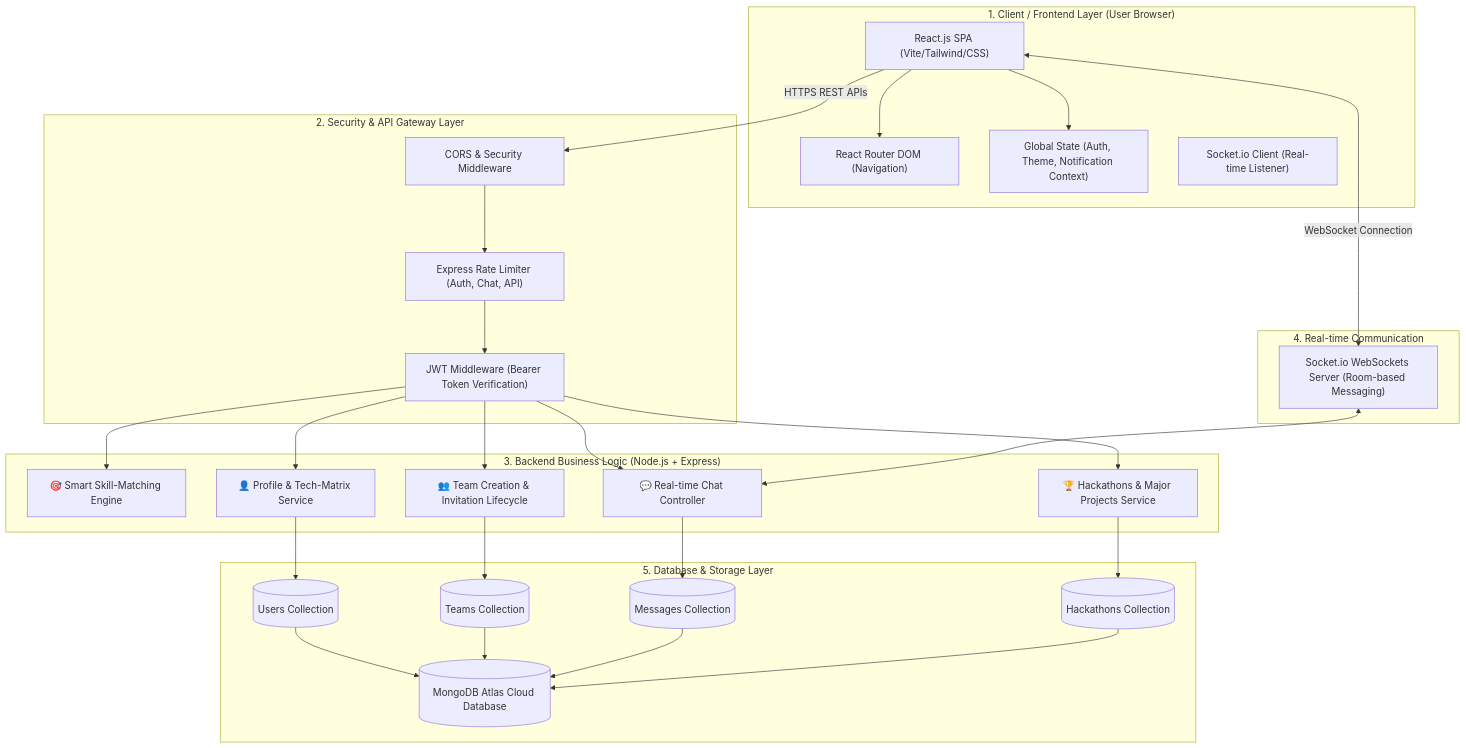
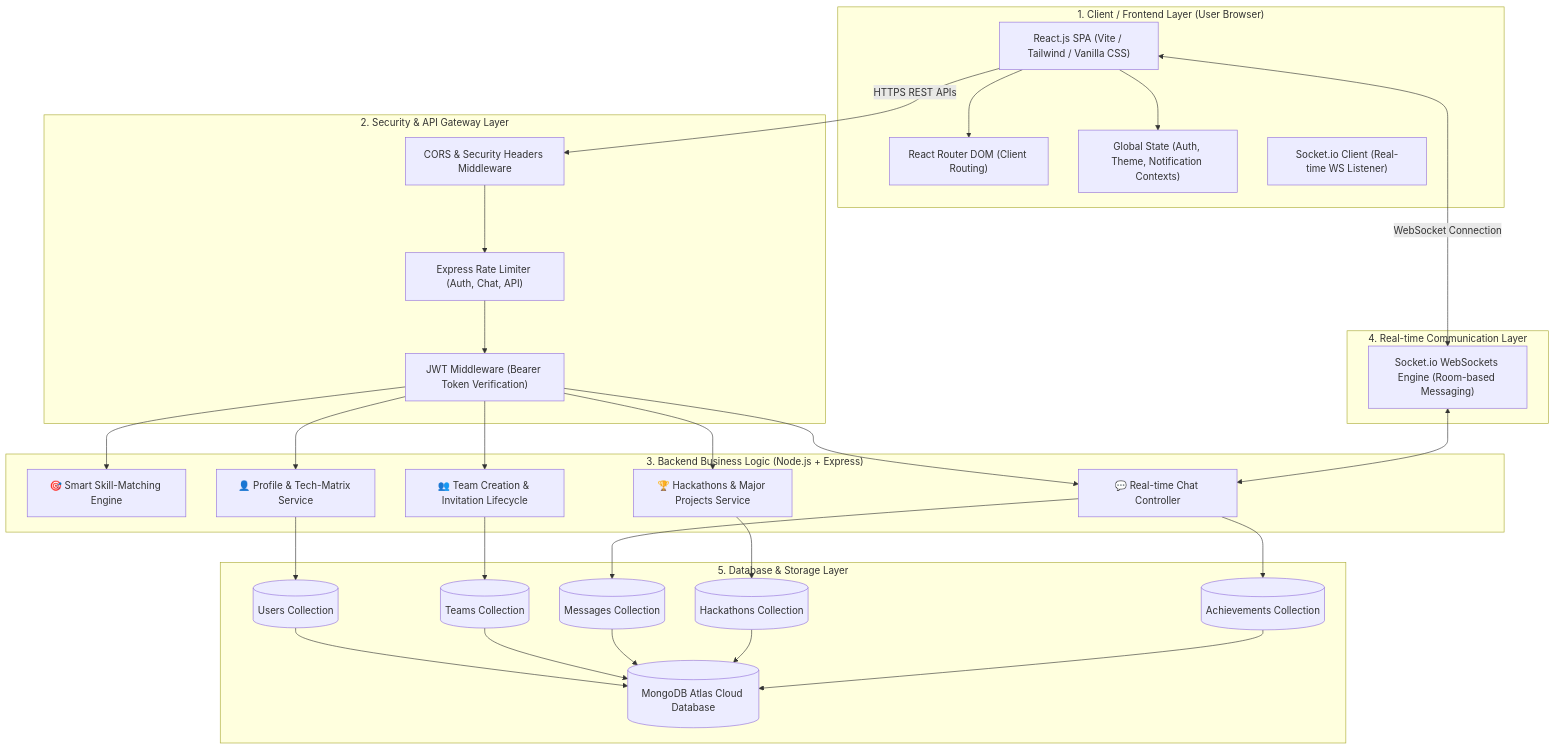
One commit to mukul953kumar/TeamZen-Architecture changed the first of 4 diagrams in README.md. Above: the diagram before and after it, drawn with Mermaid. The commit also changed other lines of this file, not shown here.

Commit message:
docs: expand system architecture with sequence diagrams, data schemas, math formula & API ref

````diff
--- a/README.md
+++ b/README.md
@@ -10,57 +26,60 @@
 ```mermaid
 graph TD
     subgraph Client_Layer ["1. Client / Frontend Layer (User Browser)"]
-        UI["React.js SPA (Vite/Tailwind/CSS)"]
-        Router["React Router DOM (Navigation)"]
-        Context["Global State (Auth, Theme, Notification Context)"]
-        SocketClient["Socket.io Client (Real-time Listener)"]
+        UI["React.js SPA (Vite / Tailwind / Vanilla CSS)"]
+        Router["React Router DOM (Client Routing)"]
+        Context["Global State (Auth, Theme, Notification Contexts)"]
+        SocketClient["Socket.io Client (Real-time WS Listener)"]
     end
 
     subgraph Security_Gateway ["2. Security & API Gateway Layer"]
-        CORS["CORS & Security Middleware"]
+        CORS["CORS & Security Headers Middleware"]
         RateLimiter["Express Rate Limiter (Auth, Chat, API)"]
         JWTAuth["JWT Middleware (Bearer Token Verification)"]
     end
 
     subgraph Core_Backend ["3. Backend Business Logic (Node.js + Express)"]
         MatchEngine["🎯 Smart Skill-Matching Engine"]
         ProfileService["👤 Profile & Tech-Matrix Service"]
         TeamService["👥 Team Creation & Invitation Lifecycle"]
         HackathonService["🏆 Hackathons & Major Projects Service"]
         ChatService["💬 Real-time Chat Controller"]
     end
 
-    subgraph Realtime_Layer ["4. Real-time Communication"]
-        SocketServer["Socket.io WebSockets Server (Room-based Messaging)"]
+    subgraph Realtime_Layer ["4. Real-time Communication Layer"]
+        SocketServer["Socket.io WebSockets Engine (Room-based Messaging)"]
     end
 
     subgraph Database_Layer ["5. Database & Storage Layer"]
         MongoDB[("MongoDB Atlas Cloud Database")]
         UserColl[("Users Collection")]
         TeamColl[("Teams Collection")]
         MsgColl[("Messages Collection")]
         HackColl[("Hackathons Collection")]
+        AchieveColl[("Achievements Collection")]
     end
 
     UI --> Router
     UI --> Context
     UI -->|HTTPS REST APIs| CORS
     UI <-->|WebSocket Connection| SocketServer
 
     CORS --> RateLimiter
     RateLimiter --> JWTAuth
 
     JWTAuth --> MatchEngine
     JWTAuth --> ProfileService
     JWTAuth --> TeamService
     JWTAuth --> HackathonService
     JWTAuth --> ChatService
 
     SocketServer <--> ChatService
 
     ProfileService --> UserColl
     TeamService --> TeamColl
     ChatService --> MsgColl
     HackathonService --> HackColl
-    UserColl & TeamColl & MsgColl & HackColl --> MongoDB
+    ChatService --> AchieveColl
+
+    UserColl & TeamColl & MsgColl & HackColl & AchieveColl --> MongoDB
 ```
````
